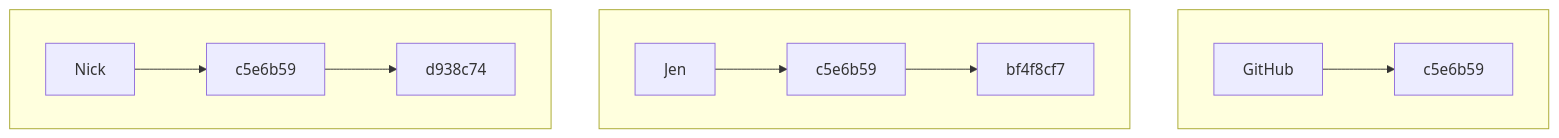
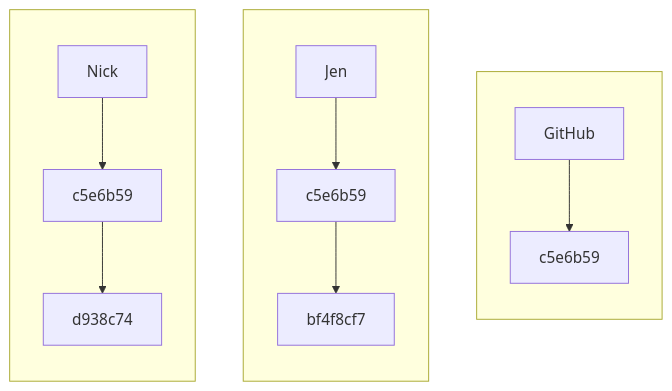
One commit to Alliance-RDM-GDR/rdm-jumpstart changed the diagram in _getting_started/06_Merge-Conflicts.md. Above: the diagram before and after it, drawn with Mermaid.

Commit message:
testing mermaid

````diff
--- a/_getting_started/06_Merge-Conflicts.md
+++ b/_getting_started/06_Merge-Conflicts.md
@@ -17,23 +17,26 @@
 ```mermaid
 flowchart TD
    A[GitHub]
    B[Jen]
    C[Nick]
    D[c5e6b59]
    E[c5e6b59]
    F[c5e6b59]
    G[bf4f8cf7]
    H[d938c74]
 
    subgraph X[" "]
+   direction TD
       A --> D
    end
 
    subgraph Y[" "]
+   direction TD
       B --> E --> G
    end
 
    subgraph Z[" "]
+   direction TD
       C --> F --> H 
    end
 ```
````
